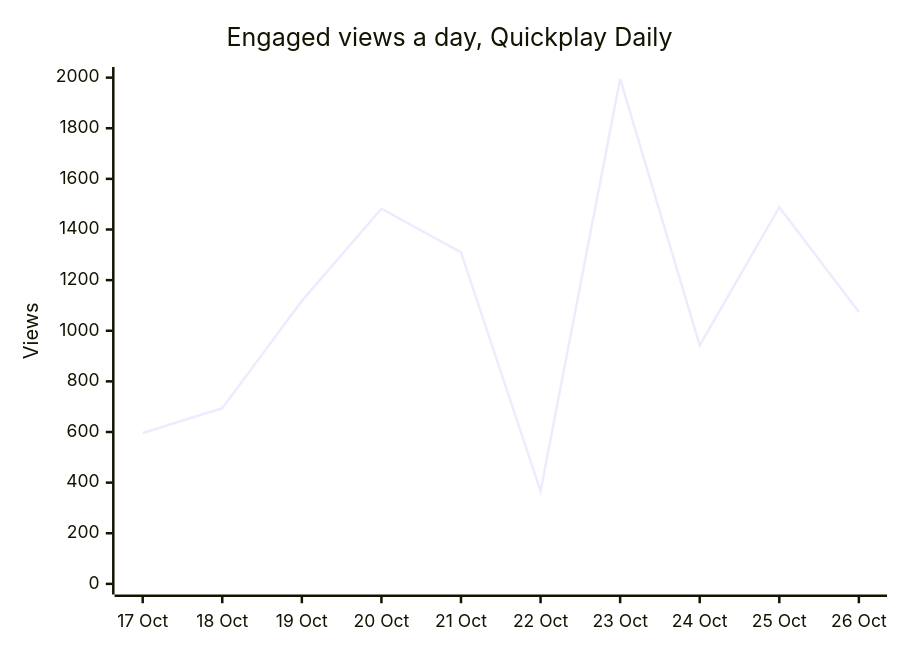
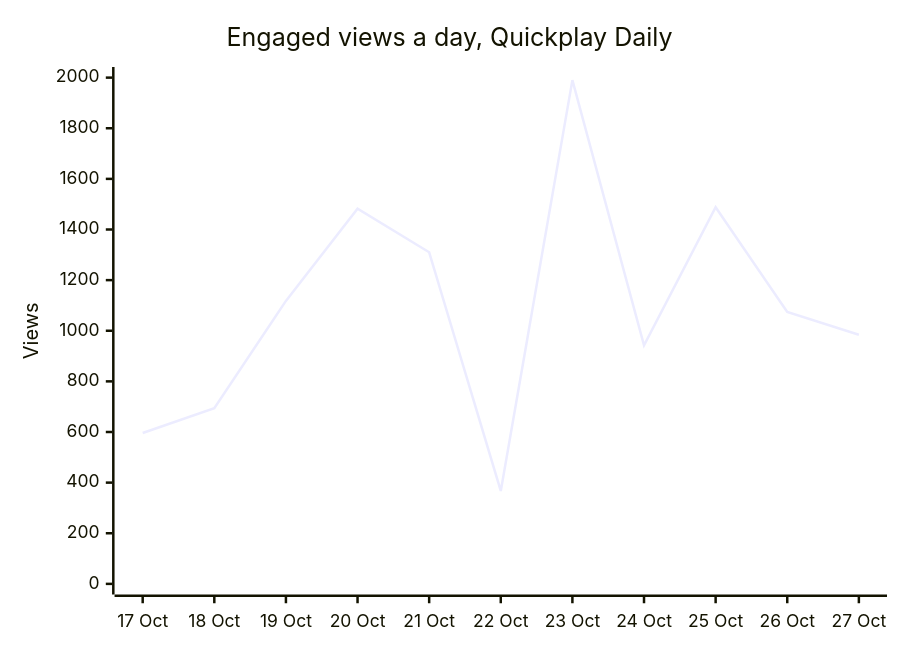
One commit to quickplay-studio/quickplay-autopilot changed the diagram in README.md. Above: the diagram before and after it, drawn with Mermaid. The commit also changed other lines of this file and 21 other files, not shown here.

````diff
--- a/README.md
+++ b/README.md
@@ -45,7 +45,7 @@
 ```mermaid
 xychart-beta
     title "Engaged views a day, Quickplay Daily"
-    x-axis ["17 Oct", "18 Oct", "19 Oct", "20 Oct", "21 Oct", "22 Oct", "23 Oct", "24 Oct", "25 Oct", "26 Oct"]
+    x-axis ["17 Oct", "18 Oct", "19 Oct", "20 Oct", "21 Oct", "22 Oct", "23 Oct", "24 Oct", "25 Oct", "26 Oct", "27 Oct"]
     y-axis "Views" 0 --> 2000
-    line [596, 694, 1118, 1482, 1310, 367, 1995, 942, 1488, 1074]
+    line [596, 694, 1118, 1482, 1310, 367, 1990, 942, 1488, 1074, 984]
 ```
````
